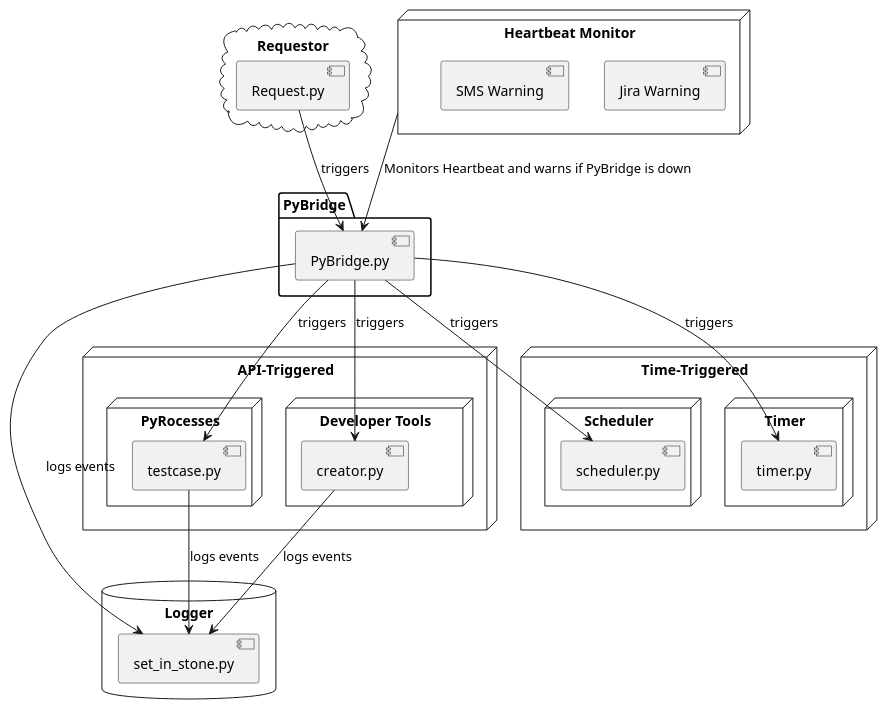
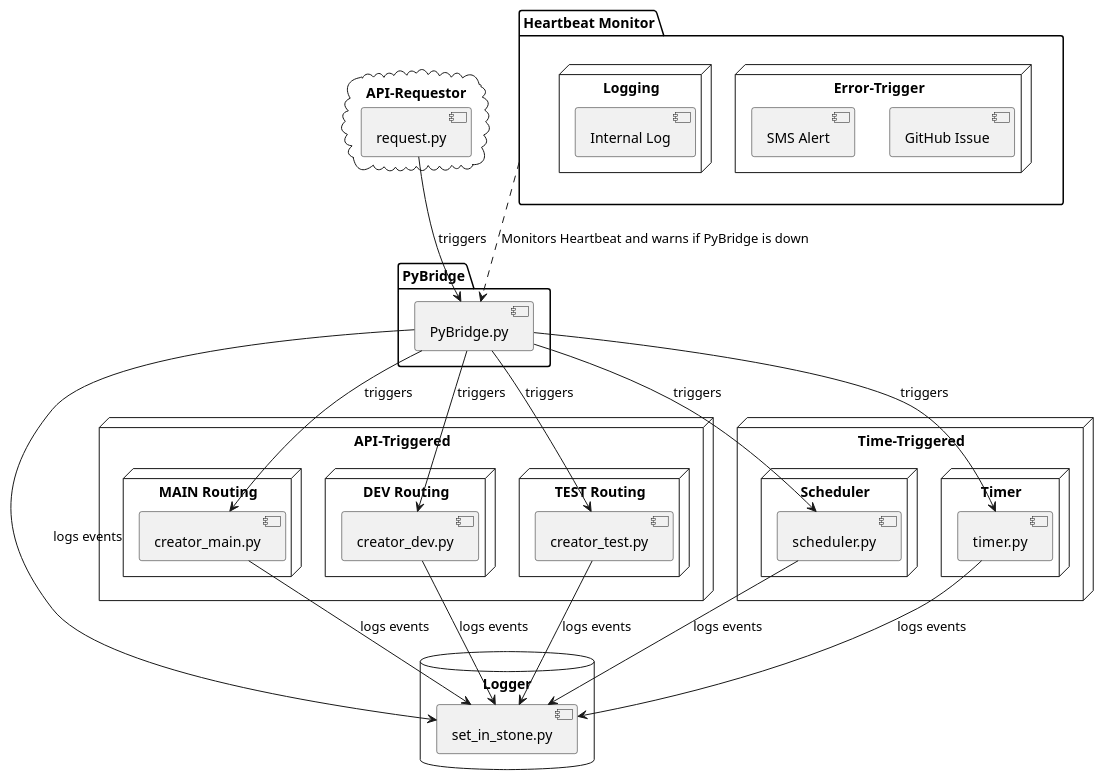
The diagram in docs/3. Infrastructure.md (thatsleepyman/PyBridge), drawn with PlantUML before and after one commit. The commit also changed other lines of this file and 2 other files, not shown here.

````diff
--- a/docs/3. Infrastructure.md
+++ b/docs/3. Infrastructure.md
@@ -2,52 +2,67 @@
 ```plantuml
 @startuml
 
+cloud "API-Requestor" {
+	[request.py]
+}
+
 package "PyBridge" {
-  [PyBridge.py]
+	[PyBridge.py]
 }
 
 database "Logger" {
-  [set_in_stone.py]
-}
-
-cloud "Requestor" {
-  [Request.py]
+	[set_in_stone.py]
 }
 
 node "API-Triggered" {
-  node "PyRocesses" {
-    [testcase.py]
-  }
-
-  node "Developer Tools" {
-    [creator.py]
-  }
+	node "MAIN Routing" {
+		[creator_main.py]
+	}
+	
+	node "DEV Routing" {
+		[creator_dev.py]
+	}
+	
+	node "TEST Routing" {
+		[creator_test.py]
+	}
 }
 
 node "Time-Triggered" {
-  node "Scheduler" {
-    [scheduler.py]
-  }
-
-  node "Timer" {
-    [timer.py]
-  }
+	node "Scheduler" {
+		[scheduler.py]
+	}
+	
+	node "Timer" {
+		[timer.py]
+	}
 }
 
-node "Heartbeat Monitor" {
-  [Jira Warning]
-  [SMS Warning]
+package "Heartbeat Monitor" {
+	node "Error-Trigger" {
+		[GitHub Issue]
+		[SMS Alert]
+	}
+	
+	node "Logging" {
+		[Internal Log]
+	}
 }
 
-PyBridge.py --> set_in_stone.py : logs events
-Request.py --> PyBridge.py : triggers
-testcase.py --> set_in_stone.py : logs events
-creator.py --> set_in_stone.py : logs events
-PyBridge.py --> testcase.py : triggers
-PyBridge.py --> creator.py : triggers
-PyBridge.py --> scheduler.py : triggers
-PyBridge.py --> timer.py : triggers
-"Heartbeat Monitor" --> PyBridge.py : Monitors Heartbeat and warns if PyBridge is down
+
+PyBridge.py --> set_in_stone.py : "logs events"
+request.py --> PyBridge.py : "triggers"
+creator_main.py --> set_in_stone.py : "logs events"
+creator_dev.py --> set_in_stone.py : "logs events"
+creator_test.py --> set_in_stone.py : "logs events"
+timer.py --> set_in_stone.py : "logs events"
+scheduler.py --> set_in_stone.py : "logs events"
+PyBridge.py --> creator_main.py : "triggers"
+PyBridge.py --> creator_dev.py : "triggers"
+PyBridge.py --> creator_test.py : "triggers"
+PyBridge.py --> scheduler.py : "triggers"
+PyBridge.py --> timer.py : "triggers"
+"Heartbeat Monitor" ..> PyBridge.py : "Monitors Heartbeat and warns if PyBridge is down"
 
 @enduml
 ```
````
